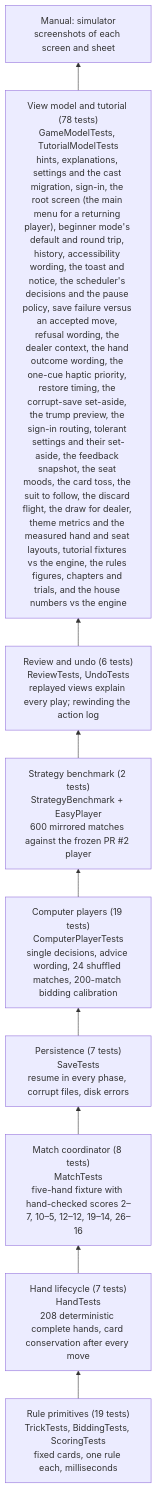
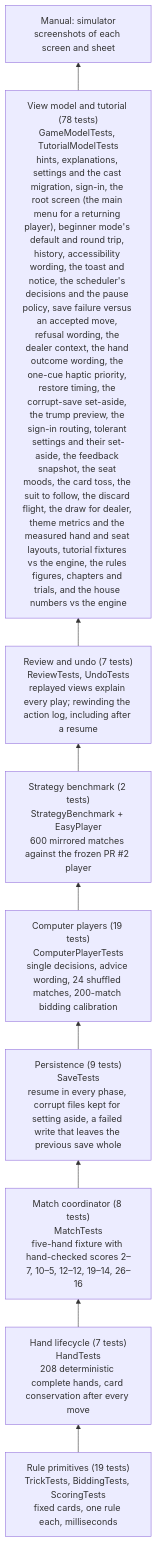
Before and after one commit to cmurphy1140/catch-5: the first of 2 diagrams in docs/testing.md, drawn with Mermaid. The commit also changed other lines of this file and 5 other files, not shown here.

First line of the commit message:
Engine regressions: a failed save, a corrupt save, and undo after a resume (#45)

````diff
--- a/docs/testing.md
+++ b/docs/testing.md
@@ -40,13 +40,13 @@
 ```mermaid
 flowchart BT
     L1["Rule primitives (19 tests)<br/>TrickTests, BiddingTests, ScoringTests<br/>fixed cards, one rule each, milliseconds"]
     L2["Hand lifecycle (7 tests)<br/>HandTests<br/>208 deterministic complete hands, card conservation after every move"]
     L3["Match coordinator (8 tests)<br/>MatchTests<br/>five-hand fixture with hand-checked scores 2–7, 10–5, 12–12, 19–14, 26–16"]
-    L4["Persistence (7 tests)<br/>SaveTests<br/>resume in every phase, corrupt files, disk errors"]
+    L4["Persistence (9 tests)<br/>SaveTests<br/>resume in every phase, corrupt files kept for setting aside, a failed write that leaves the previous save whole"]
     L5["Computer players (19 tests)<br/>ComputerPlayerTests<br/>single decisions, advice wording, 24 shuffled matches, 200-match bidding calibration"]
     L5b["Strategy benchmark (2 tests)<br/>StrategyBenchmark + EasyPlayer<br/>600 mirrored matches against the frozen PR #2 player"]
-    L5c["Review and undo (6 tests)<br/>ReviewTests, UndoTests<br/>replayed views explain every play; rewinding the action log"]
+    L5c["Review and undo (7 tests)<br/>ReviewTests, UndoTests<br/>replayed views explain every play; rewinding the action log, including after a resume"]
     L6["View model and tutorial (78 tests)<br/>GameModelTests, TutorialModelTests<br/>hints, explanations, settings and the cast migration, sign-in, the root screen (the main menu for a returning player), beginner mode's default and round trip, history, accessibility wording, the toast and notice, the scheduler's decisions and the pause policy, save failure versus an accepted move, refusal wording, the dealer context, the hand outcome wording, the one-cue haptic priority, restore timing, the corrupt-save set-aside, the trump preview, the sign-in routing, tolerant settings and their set-aside, the feedback snapshot, the seat moods, the card toss, the suit to follow, the discard flight, the draw for dealer, theme metrics and the measured hand and seat layouts, tutorial fixtures vs the engine, the rules figures, chapters and trials, and the house numbers vs the engine"]
     L7["Manual: simulator<br/>screenshots of each screen and sheet"]
     L1 --> L2 --> L3 --> L4 --> L5 --> L5b --> L5c --> L6 --> L7
 ```
````
